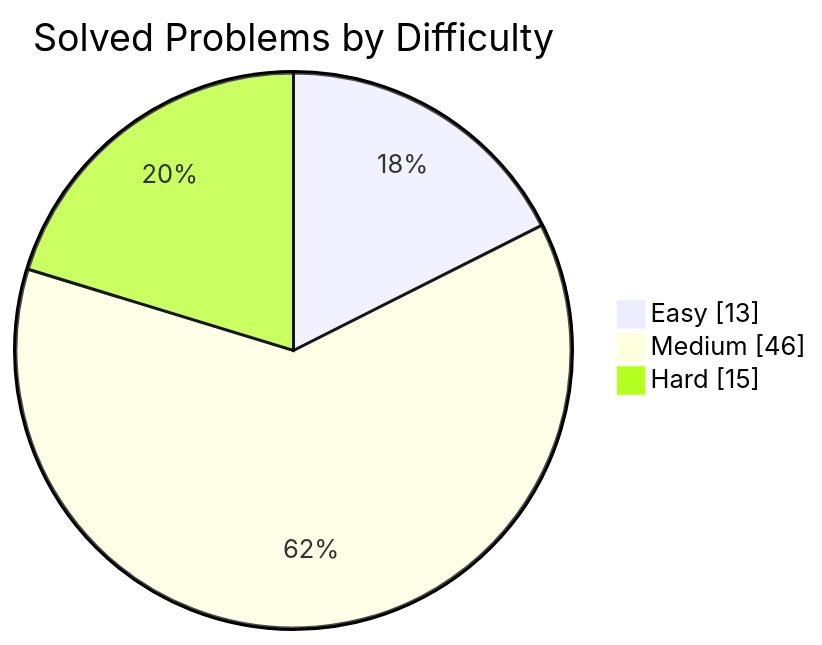
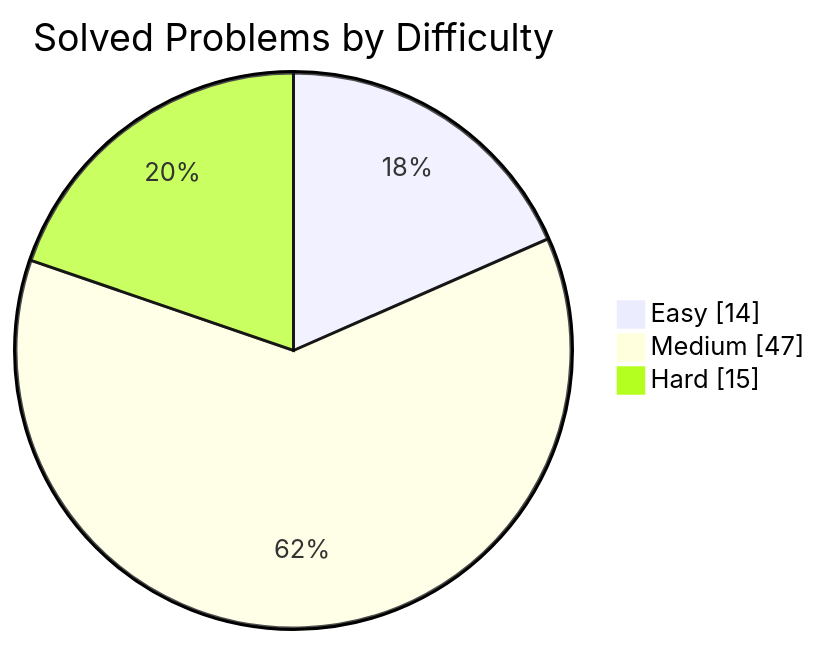
Before and after one commit to manikantbindass/DSA-Preparation-FAANG: the first of 2 diagrams in README.md, drawn with Mermaid. The commit also changed other lines of this file, not shown here.

````diff
--- a/README.md
+++ b/README.md
@@ -38,7 +38,7 @@
 ```mermaid
 pie showData
     title Solved Problems by Difficulty
-    "Easy" : 13
-    "Medium" : 46
+    "Easy" : 14
+    "Medium" : 47
     "Hard" : 15
 ```
````
